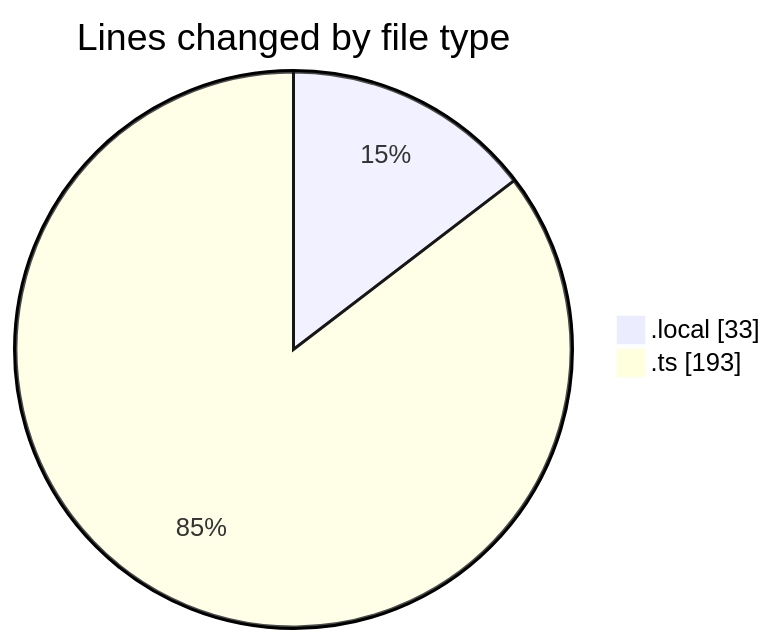
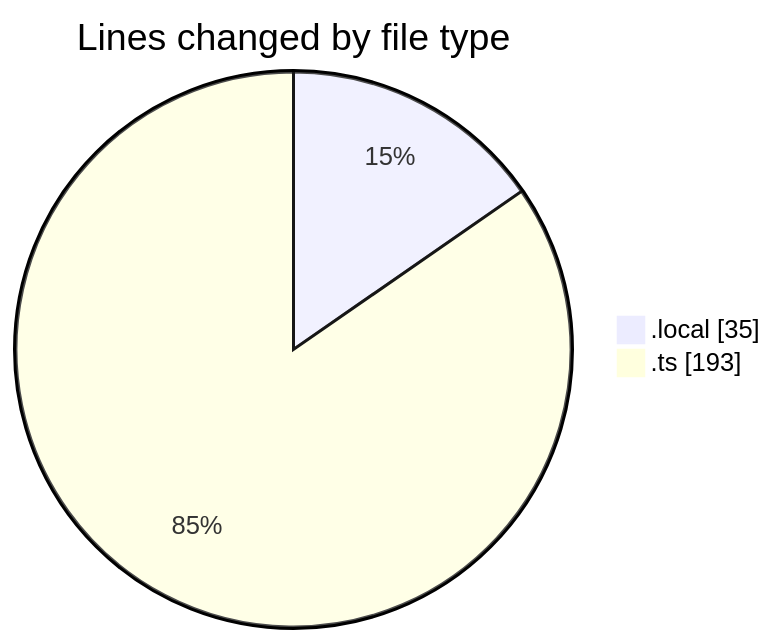
Before and after one commit to julien-gomy/code-tracking: the first of 2 diagrams in 2025-11-26/frontend-cms/README.md, drawn with Mermaid. The commit also changed other lines of this file and 1 other file, not shown here.

````diff
--- a/2025-11-26/frontend-cms/README.md
+++ b/2025-11-26/frontend-cms/README.md
@@ -21,6 +21,6 @@
 ```mermaid
 pie showData
 title Lines changed by file type
-".local" : 33
+".local" : 35
 ".ts" : 193
 ```
````
